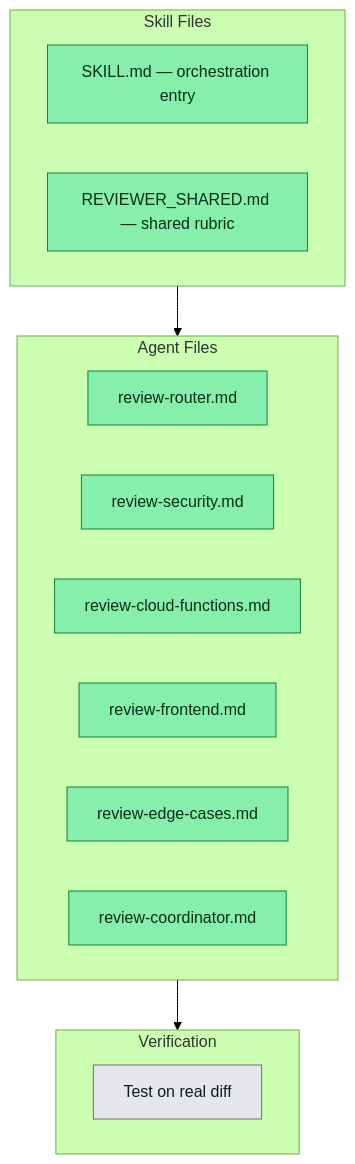
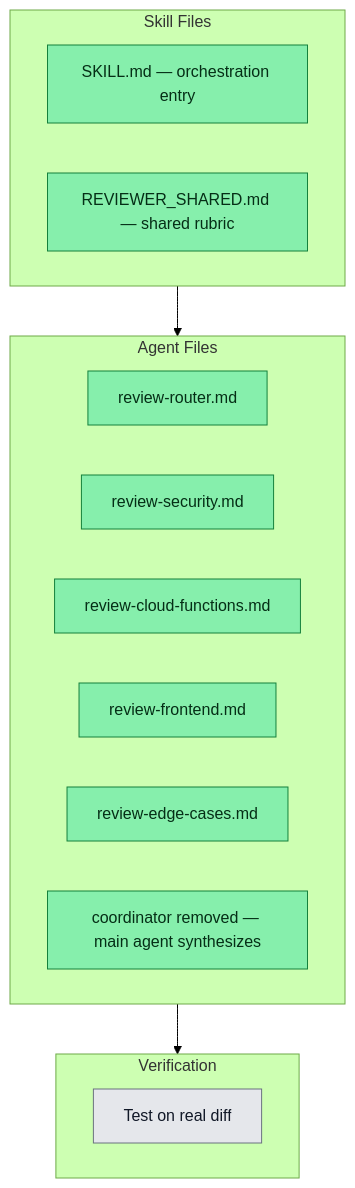
Before and after one commit to meanllbrl/dreamcontext: the diagram in _dream_context/state/multi-review-skill.md, drawn with Mermaid (forest theme). The commit also changed other lines of this file and 26 other files, not shown here.

````diff
--- a/_dream_context/state/multi-review-skill.md
+++ b/_dream_context/state/multi-review-skill.md
@@ -19,24 +19,24 @@
 ```mermaid
 flowchart TD
   subgraph M1 ["Skill Files"]
     A1[SKILL.md — orchestration entry]:::done
     A2[REVIEWER_SHARED.md — shared rubric]:::done
   end
   subgraph M2 ["Agent Files"]
     B1[review-router.md]:::done
     B2[review-security.md]:::done
     B3[review-cloud-functions.md]:::done
     B4[review-frontend.md]:::done
     B5[review-edge-cases.md]:::done
-    B6[review-coordinator.md]:::done
+    B6[coordinator removed — main agent synthesizes]:::done
   end
   subgraph M3 ["Verification"]
     C1[Test on real diff]:::todo
   end
   M1 --> M2 --> M3
 
   classDef done fill:#86efac,stroke:#15803d,color:#052e16
   classDef active fill:#fde68a,stroke:#b45309,color:#451a03
   classDef todo fill:#e5e7eb,stroke:#6b7280,color:#111827
   classDef blocked fill:#fecaca,stroke:#b91c1c,color:#450a0a
 ```
````
